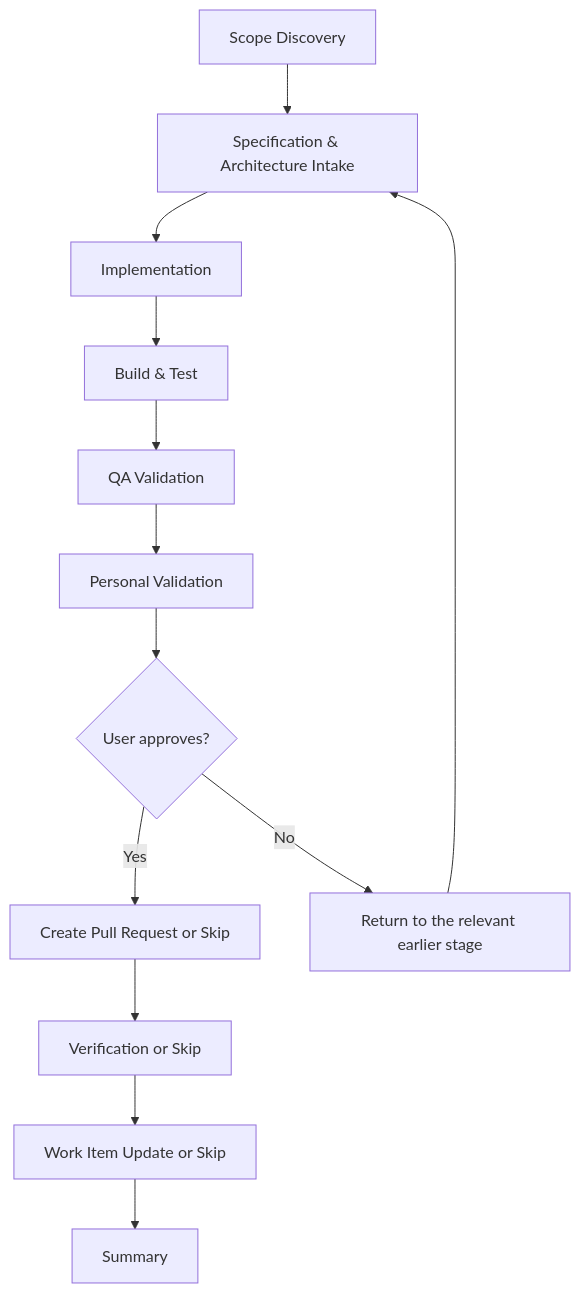
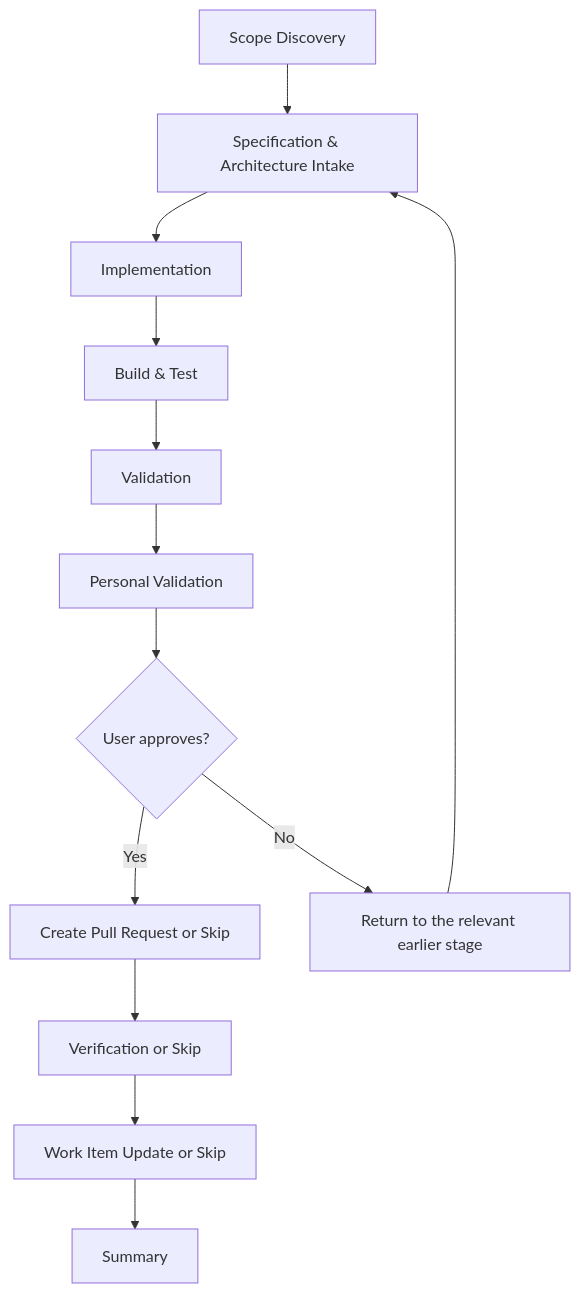
Before and after one commit to JSdotNet/devbook: diagram 11 of 16 in plugins/delivery/FLOW-DIAGRAMS.md, drawn with Mermaid. The commit also changed other lines of this file and 37 other files, not shown here.

````diff
--- a/plugins/delivery/FLOW-DIAGRAMS.md
+++ b/plugins/delivery/FLOW-DIAGRAMS.md
@@ -313,15 +313,15 @@
 ```mermaid
 flowchart TD
     S["Scope Discovery"] --> A["Specification & Architecture Intake"]
     A --> B["Implementation"]
     B --> C["Build & Test"]
-    C --> D["QA Validation"]
+    C --> D["Validation"]
     D --> E["Personal Validation"]
     E --> F{User approves?}
     F -->|Yes| G["Create Pull Request or Skip"]
     F -->|No| H["Return to the relevant earlier stage"]
     H --> A
     G --> DU["Verification or Skip"]
     DU --> U["Work Item Update or Skip"]
     U --> I["Summary"]
 ```
````
